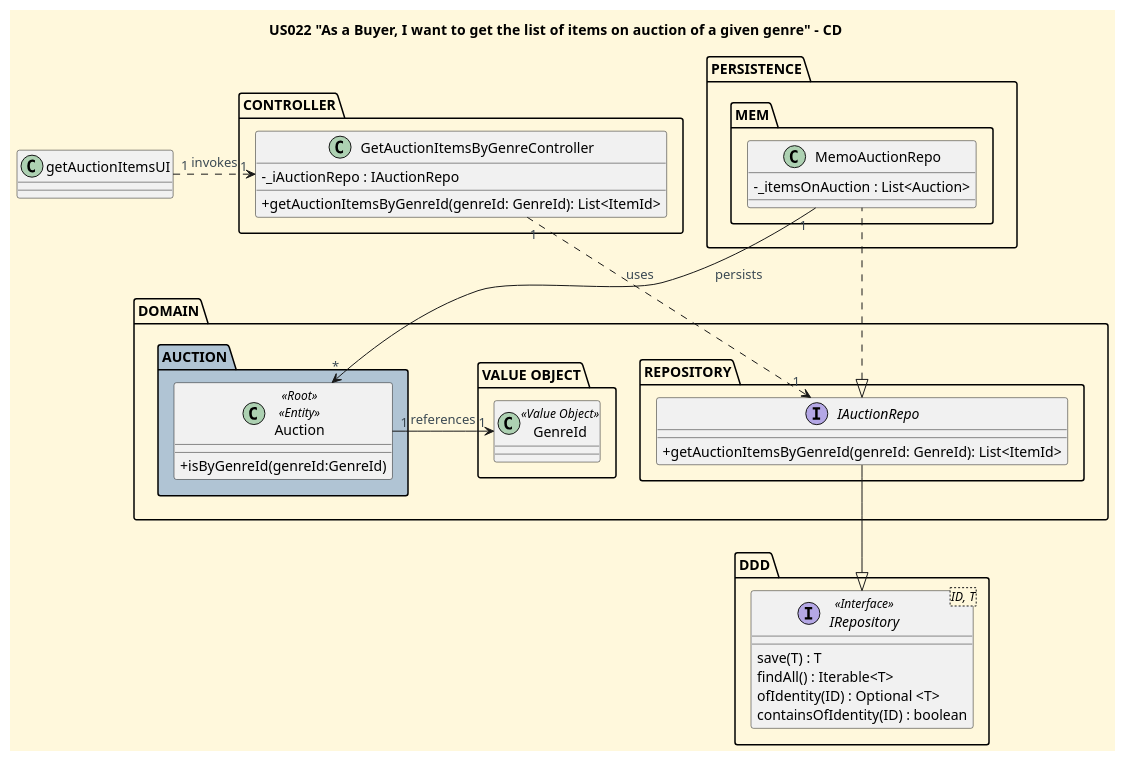
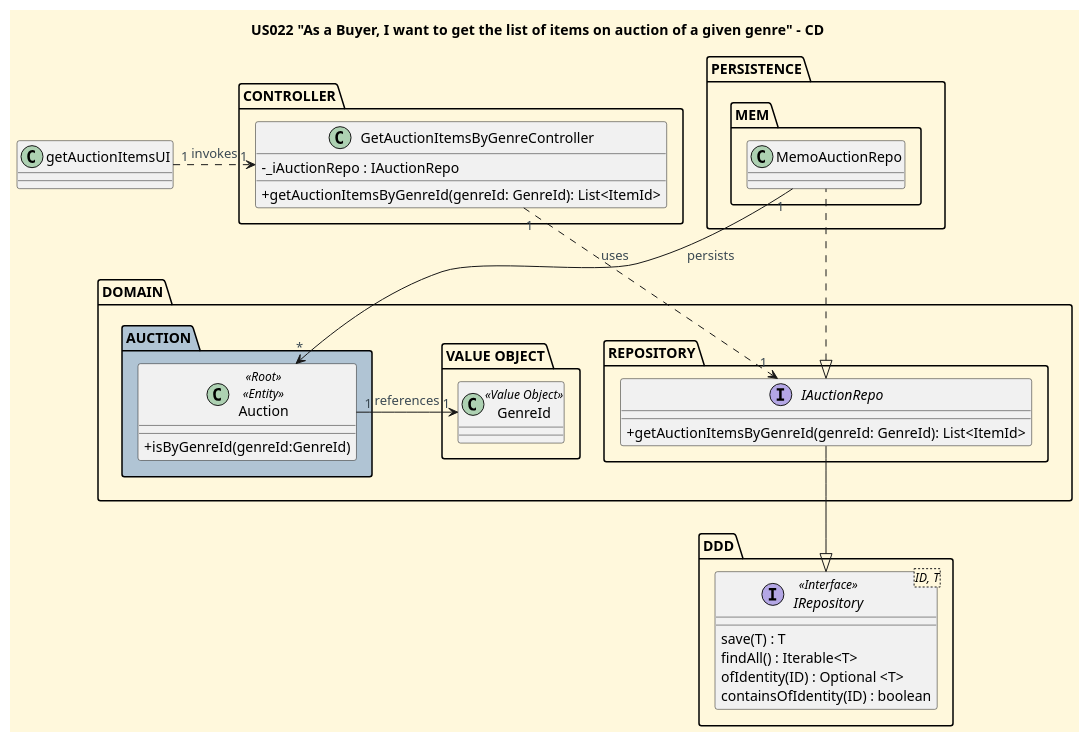
One commit to CarolinaLeite-collab/JavaMarketplacePlatform changed the diagram in docs/user-stories/US022/US022_get_the_list_of_items_on_auction_of_a_given_genre_CD_DDD.puml. Above: the diagram before and after it, drawn with PlantUML.

Commit message:
docs: US022 - refactor class diagram to simplify MemoAuctionRepo representation, ref #496

```diff
--- a/docs/user-stories/US022/US022_get_the_list_of_items_on_auction_of_a_given_genre_CD_DDD.puml
+++ b/docs/user-stories/US022/US022_get_the_list_of_items_on_auction_of_a_given_genre_CD_DDD.puml
@@ -1,74 +1,72 @@
 @startuml
 'https://plantuml.com/class-diagram
 
 title US022 "As a Buyer, I want to get the list of items on auction of a given genre"  - CD
 
 
 '==== basic style ====
 skinparam monochrome false
 skinparam shadowing false
 skinparam defaultFontName Futura
 skinparam objectFontSize 20
 skinparam backgroundColor CornSilk
 skinparam objectBackgroundColor WhiteSmoke
 skinparam noteBackgroundColor #FFFFE0
 skinparam ArrowFontColor #3B4953
 skinparam ActivationBackgroundColor black
 skinparam classAttributeIconSize 0
 
 class getAuctionItemsUI{}
 
 package "CONTROLLER" {
     class GetAuctionItemsByGenreController {
         -_iAuctionRepo : IAuctionRepo
         +getAuctionItemsByGenreId(genreId: GenreId): List<ItemId>
     }
 }
 
 package "PERSISTENCE" {
     package "MEM" {
-        class MemoAuctionRepo {
-            -_itemsOnAuction : List<Auction>
-        }
+        class MemoAuctionRepo
     }
 }
 
 package "DDD" {
     interface IRepository<ID, T> <<Interface>> {
         save(T) : T
         findAll() : Iterable<T>
         ofIdentity(ID) : Optional <T>
         containsOfIdentity(ID) : boolean
     }
 }
 
 package "DOMAIN" {
     package "REPOSITORY" {
         interface IAuctionRepo {
             +getAuctionItemsByGenreId(genreId: GenreId): List<ItemId>
         }
     }
 
 
     package "VALUE OBJECT" {
         class GenreId <<Value Object>>
     }
 
 
 
     package "AUCTION" #b0c4d4 {
         class Auction <<Root>> <<Entity>> {
             +isByGenreId(genreId:GenreId)
         }
     }
 }
 
 getAuctionItemsUI "1".>"1" GetAuctionItemsByGenreController:invokes
 GetAuctionItemsByGenreController "1"..> "1" IAuctionRepo : uses
 IAuctionRepo <|.. MemoAuctionRepo
 MemoAuctionRepo "1" --> "*"Auction : persists
 IAuctionRepo --|> IRepository
 Auction "1" -> "1" GenreId : references
 
 
 @enduml
```
